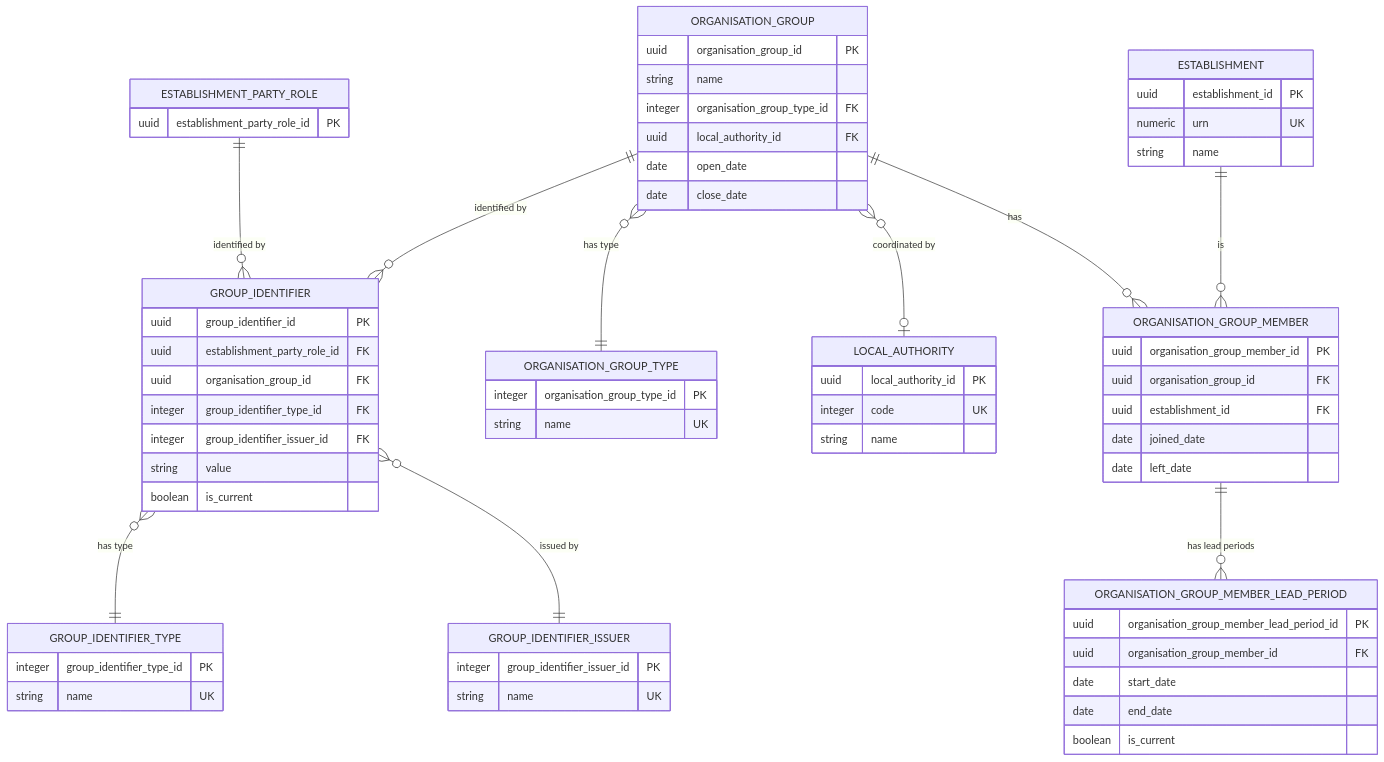
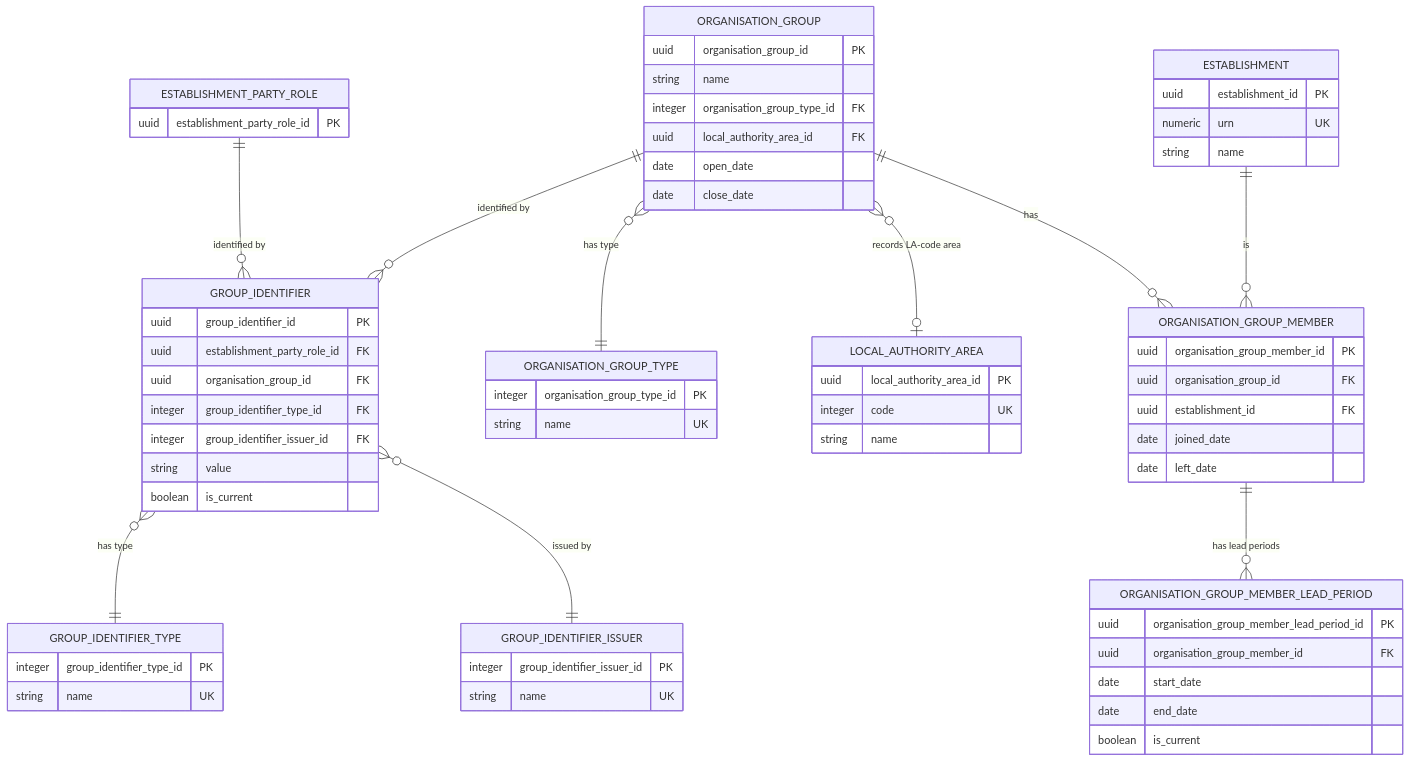
Before and after one commit to DFE-Digital/education-provider-registry-docs: the third of 3 diagrams in models/logical/establishment/establishment-groups-logical-model.md, drawn with Mermaid. The commit also changed other lines of this file and 75 other files, not shown here.

````diff
--- a/models/logical/establishment/establishment-groups-logical-model.md
+++ b/models/logical/establishment/establishment-groups-logical-model.md
@@ -507,69 +550,69 @@
 ```mermaid
 erDiagram
     ESTABLISHMENT_PARTY_ROLE ||--o{ GROUP_IDENTIFIER : "identified by"
     ORGANISATION_GROUP ||--o{ GROUP_IDENTIFIER : "identified by"
     GROUP_IDENTIFIER }o--|| GROUP_IDENTIFIER_TYPE : "has type"
     GROUP_IDENTIFIER }o--|| GROUP_IDENTIFIER_ISSUER : "issued by"
     ORGANISATION_GROUP }o--|| ORGANISATION_GROUP_TYPE : "has type"
-    ORGANISATION_GROUP }o--o| LOCAL_AUTHORITY : "coordinated by"
+    ORGANISATION_GROUP }o--o| LOCAL_AUTHORITY_AREA : "records LA-code area"
     ORGANISATION_GROUP ||--o{ ORGANISATION_GROUP_MEMBER : "has"
     ESTABLISHMENT ||--o{ ORGANISATION_GROUP_MEMBER : "is"
     ORGANISATION_GROUP_MEMBER ||--o{ ORGANISATION_GROUP_MEMBER_LEAD_PERIOD : "has lead periods"
 
     ESTABLISHMENT_PARTY_ROLE {
         uuid establishment_party_role_id PK
     }
     ORGANISATION_GROUP {
         uuid organisation_group_id PK
         string name
         integer organisation_group_type_id FK
-        uuid local_authority_id FK
+        uuid local_authority_area_id FK
         date open_date
         date close_date
     }
     ORGANISATION_GROUP_TYPE {
         integer organisation_group_type_id PK
         string name UK
     }
     ORGANISATION_GROUP_MEMBER {
         uuid organisation_group_member_id PK
         uuid organisation_group_id FK
         uuid establishment_id FK
         date joined_date
         date left_date
     }
     ORGANISATION_GROUP_MEMBER_LEAD_PERIOD {
         uuid organisation_group_member_lead_period_id PK
         uuid organisation_group_member_id FK
         date start_date
         date end_date
         boolean is_current
     }
     GROUP_IDENTIFIER {
         uuid group_identifier_id PK
         uuid establishment_party_role_id FK
         uuid organisation_group_id FK
         integer group_identifier_type_id FK
         integer group_identifier_issuer_id FK
         string value
         boolean is_current
     }
     GROUP_IDENTIFIER_TYPE {
         integer group_identifier_type_id PK
         string name UK
     }
     GROUP_IDENTIFIER_ISSUER {
         integer group_identifier_issuer_id PK
         string name UK
     }
     ESTABLISHMENT {
         uuid establishment_id PK
         numeric urn UK
         string name
     }
-    LOCAL_AUTHORITY {
-        uuid local_authority_id PK
+    LOCAL_AUTHORITY_AREA {
+        uuid local_authority_area_id PK
         integer code UK
         string name
     }
 ```
````
